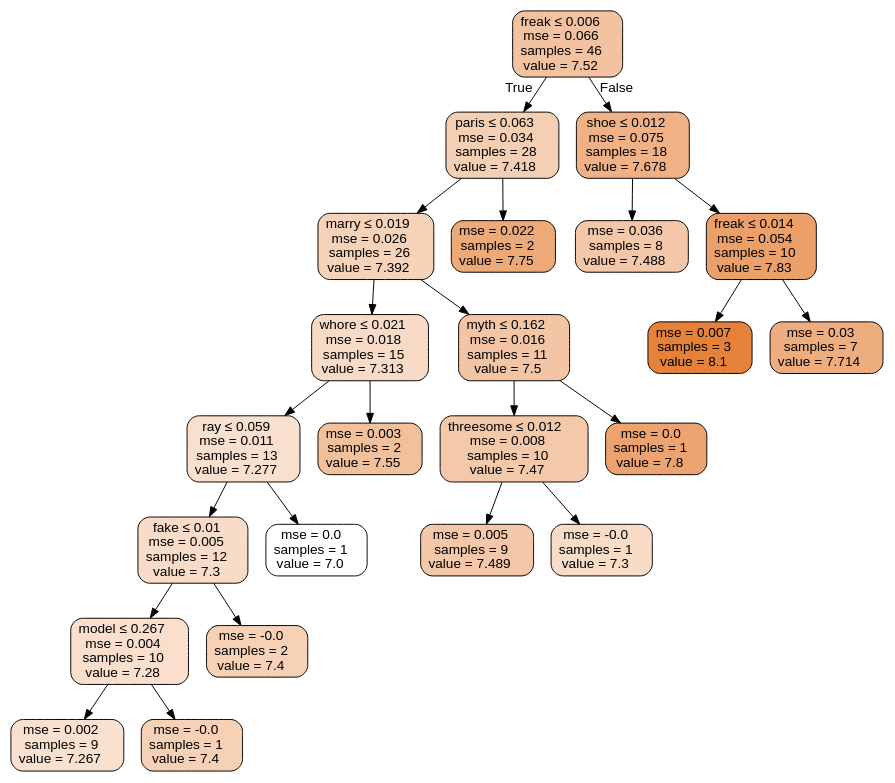
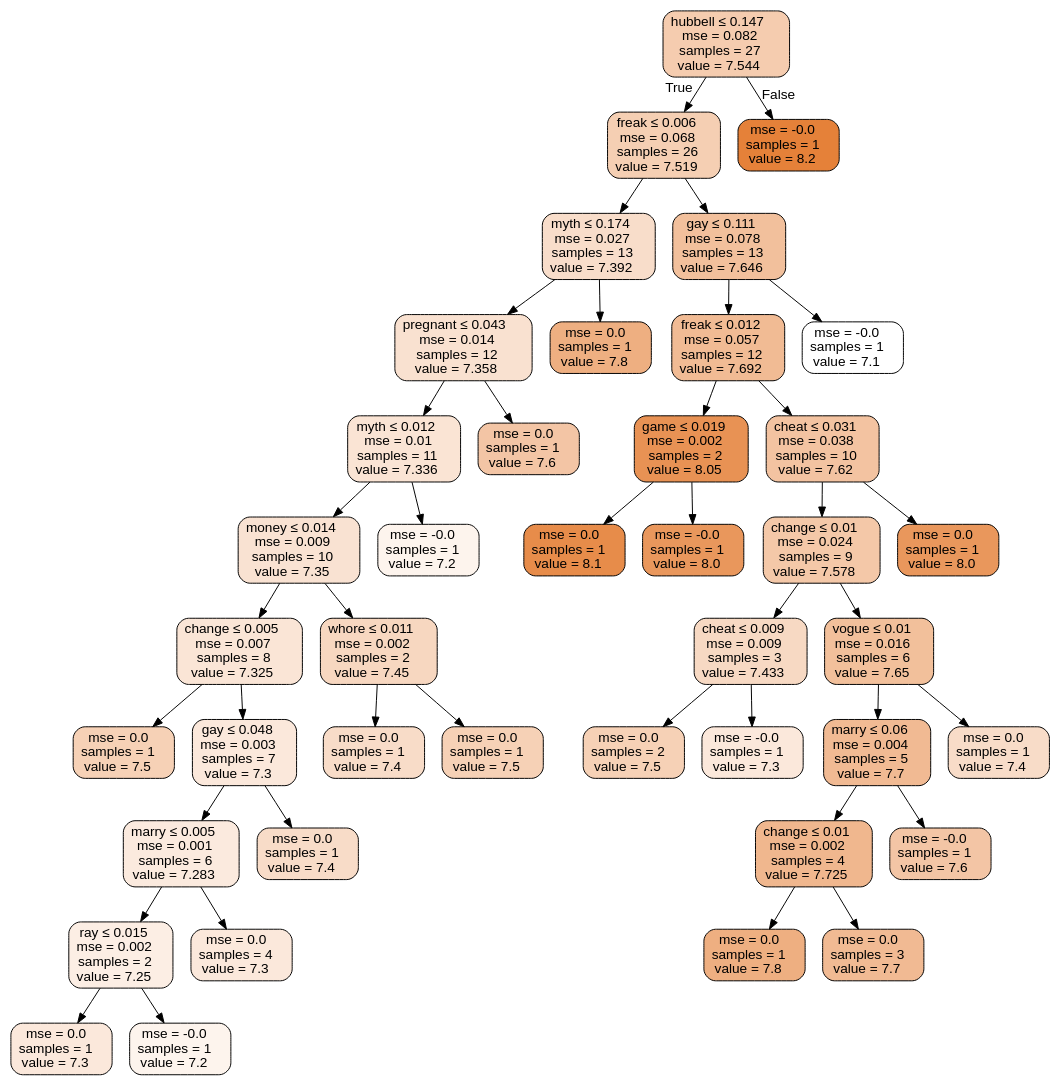
One commit to ranilovi/SATC_rating_prediction changed the diagram in boston_tree.dot. Above: the diagram before and after it, drawn with Graphviz. The commit also changed 3 other files, not shown here.

```diff
--- a/boston_tree.dot
+++ b/boston_tree.dot
@@ -1,49 +1,85 @@
 digraph Tree {
 node [shape=box, style="filled, rounded", color="black", fontname=helvetica] ;
 edge [fontname=helvetica] ;
-0 [label=<freak &le; 0.006<br/>mse = 0.066<br/>samples = 46<br/>value = 7.52>, fillcolor="#e5813978"] ;
-1 [label=<paris &le; 0.063<br/>mse = 0.034<br/>samples = 28<br/>value = 7.418>, fillcolor="#e5813961"] ;
+0 [label=<hubbell &le; 0.147<br/>mse = 0.082<br/>samples = 27<br/>value = 7.544>, fillcolor="#e5813967"] ;
+1 [label=<freak &le; 0.006<br/>mse = 0.068<br/>samples = 26<br/>value = 7.519>, fillcolor="#e5813961"] ;
 0 -> 1 [labeldistance=2.5, labelangle=45, headlabel="True"] ;
-2 [label=<marry &le; 0.019<br/>mse = 0.026<br/>samples = 26<br/>value = 7.392>, fillcolor="#e581395b"] ;
+2 [label=<myth &le; 0.174<br/>mse = 0.027<br/>samples = 13<br/>value = 7.392>, fillcolor="#e5813944"] ;
 1 -> 2 ;
-3 [label=<whore &le; 0.021<br/>mse = 0.018<br/>samples = 15<br/>value = 7.313>, fillcolor="#e5813949"] ;
+3 [label=<pregnant &le; 0.043<br/>mse = 0.014<br/>samples = 12<br/>value = 7.358>, fillcolor="#e581393c"] ;
 2 -> 3 ;
-4 [label=<ray &le; 0.059<br/>mse = 0.011<br/>samples = 13<br/>value = 7.277>, fillcolor="#e5813940"] ;
+4 [label=<myth &le; 0.012<br/>mse = 0.01<br/>samples = 11<br/>value = 7.336>, fillcolor="#e5813937"] ;
 3 -> 4 ;
-5 [label=<fake &le; 0.01<br/>mse = 0.005<br/>samples = 12<br/>value = 7.3>, fillcolor="#e5813946"] ;
+5 [label=<money &le; 0.014<br/>mse = 0.009<br/>samples = 10<br/>value = 7.35>, fillcolor="#e581393a"] ;
 4 -> 5 ;
-6 [label=<model &le; 0.267<br/>mse = 0.004<br/>samples = 10<br/>value = 7.28>, fillcolor="#e5813941"] ;
+6 [label=<change &le; 0.005<br/>mse = 0.007<br/>samples = 8<br/>value = 7.325>, fillcolor="#e5813934"] ;
 5 -> 6 ;
-7 [label=<mse = 0.002<br/>samples = 9<br/>value = 7.267>, fillcolor="#e581393e"] ;
+7 [label=<mse = 0.0<br/>samples = 1<br/>value = 7.5>, fillcolor="#e581395d"] ;
 6 -> 7 ;
-8 [label=<mse = -0.0<br/>samples = 1<br/>value = 7.4>, fillcolor="#e581395d"] ;
+8 [label=<gay &le; 0.048<br/>mse = 0.003<br/>samples = 7<br/>value = 7.3>, fillcolor="#e581392e"] ;
 6 -> 8 ;
-9 [label=<mse = -0.0<br/>samples = 2<br/>value = 7.4>, fillcolor="#e581395d"] ;
-5 -> 9 ;
-10 [label=<mse = 0.0<br/>samples = 1<br/>value = 7.0>, fillcolor="#e5813900"] ;
-4 -> 10 ;
-11 [label=<mse = 0.003<br/>samples = 2<br/>value = 7.55>, fillcolor="#e5813980"] ;
-3 -> 11 ;
-12 [label=<myth &le; 0.162<br/>mse = 0.016<br/>samples = 11<br/>value = 7.5>, fillcolor="#e5813974"] ;
-2 -> 12 ;
-13 [label=<threesome &le; 0.012<br/>mse = 0.008<br/>samples = 10<br/>value = 7.47>, fillcolor="#e581396d"] ;
-12 -> 13 ;
-14 [label=<mse = 0.005<br/>samples = 9<br/>value = 7.489>, fillcolor="#e5813971"] ;
-13 -> 14 ;
-15 [label=<mse = -0.0<br/>samples = 1<br/>value = 7.3>, fillcolor="#e5813946"] ;
-13 -> 15 ;
-16 [label=<mse = 0.0<br/>samples = 1<br/>value = 7.8>, fillcolor="#e58139b9"] ;
-12 -> 16 ;
-17 [label=<mse = 0.022<br/>samples = 2<br/>value = 7.75>, fillcolor="#e58139ae"] ;
-1 -> 17 ;
-18 [label=<shoe &le; 0.012<br/>mse = 0.075<br/>samples = 18<br/>value = 7.678>, fillcolor="#e581399d"] ;
-0 -> 18 [labeldistance=2.5, labelangle=-45, headlabel="False"] ;
-19 [label=<mse = 0.036<br/>samples = 8<br/>value = 7.488>, fillcolor="#e5813971"] ;
-18 -> 19 ;
-20 [label=<freak &le; 0.014<br/>mse = 0.054<br/>samples = 10<br/>value = 7.83>, fillcolor="#e58139c0"] ;
-18 -> 20 ;
-21 [label=<mse = 0.007<br/>samples = 3<br/>value = 8.1>, fillcolor="#e58139ff"] ;
-20 -> 21 ;
-22 [label=<mse = 0.03<br/>samples = 7<br/>value = 7.714>, fillcolor="#e58139a6"] ;
-20 -> 22 ;
+9 [label=<marry &le; 0.005<br/>mse = 0.001<br/>samples = 6<br/>value = 7.283>, fillcolor="#e581392a"] ;
+8 -> 9 ;
+10 [label=<ray &le; 0.015<br/>mse = 0.002<br/>samples = 2<br/>value = 7.25>, fillcolor="#e5813923"] ;
+9 -> 10 ;
+11 [label=<mse = 0.0<br/>samples = 1<br/>value = 7.3>, fillcolor="#e581392e"] ;
+10 -> 11 ;
+12 [label=<mse = -0.0<br/>samples = 1<br/>value = 7.2>, fillcolor="#e5813917"] ;
+10 -> 12 ;
+13 [label=<mse = 0.0<br/>samples = 4<br/>value = 7.3>, fillcolor="#e581392e"] ;
+9 -> 13 ;
+14 [label=<mse = 0.0<br/>samples = 1<br/>value = 7.4>, fillcolor="#e5813946"] ;
+8 -> 14 ;
+15 [label=<whore &le; 0.011<br/>mse = 0.002<br/>samples = 2<br/>value = 7.45>, fillcolor="#e5813951"] ;
+5 -> 15 ;
+16 [label=<mse = 0.0<br/>samples = 1<br/>value = 7.4>, fillcolor="#e5813946"] ;
+15 -> 16 ;
+17 [label=<mse = 0.0<br/>samples = 1<br/>value = 7.5>, fillcolor="#e581395d"] ;
+15 -> 17 ;
+18 [label=<mse = -0.0<br/>samples = 1<br/>value = 7.2>, fillcolor="#e5813917"] ;
+4 -> 18 ;
+19 [label=<mse = 0.0<br/>samples = 1<br/>value = 7.6>, fillcolor="#e5813974"] ;
+3 -> 19 ;
+20 [label=<mse = 0.0<br/>samples = 1<br/>value = 7.8>, fillcolor="#e58139a2"] ;
+2 -> 20 ;
+21 [label=<gay &le; 0.111<br/>mse = 0.078<br/>samples = 13<br/>value = 7.646>, fillcolor="#e581397f"] ;
+1 -> 21 ;
+22 [label=<freak &le; 0.012<br/>mse = 0.057<br/>samples = 12<br/>value = 7.692>, fillcolor="#e5813989"] ;
+21 -> 22 ;
+23 [label=<game &le; 0.019<br/>mse = 0.002<br/>samples = 2<br/>value = 8.05>, fillcolor="#e58139dc"] ;
+22 -> 23 ;
+24 [label=<mse = 0.0<br/>samples = 1<br/>value = 8.1>, fillcolor="#e58139e8"] ;
+23 -> 24 ;
+25 [label=<mse = -0.0<br/>samples = 1<br/>value = 8.0>, fillcolor="#e58139d1"] ;
+23 -> 25 ;
+26 [label=<cheat &le; 0.031<br/>mse = 0.038<br/>samples = 10<br/>value = 7.62>, fillcolor="#e5813979"] ;
+22 -> 26 ;
+27 [label=<change &le; 0.01<br/>mse = 0.024<br/>samples = 9<br/>value = 7.578>, fillcolor="#e581396f"] ;
+26 -> 27 ;
+28 [label=<cheat &le; 0.009<br/>mse = 0.009<br/>samples = 3<br/>value = 7.433>, fillcolor="#e581394d"] ;
+27 -> 28 ;
+29 [label=<mse = 0.0<br/>samples = 2<br/>value = 7.5>, fillcolor="#e581395d"] ;
+28 -> 29 ;
+30 [label=<mse = -0.0<br/>samples = 1<br/>value = 7.3>, fillcolor="#e581392e"] ;
+28 -> 30 ;
+31 [label=<vogue &le; 0.01<br/>mse = 0.016<br/>samples = 6<br/>value = 7.65>, fillcolor="#e5813980"] ;
+27 -> 31 ;
+32 [label=<marry &le; 0.06<br/>mse = 0.004<br/>samples = 5<br/>value = 7.7>, fillcolor="#e581398b"] ;
+31 -> 32 ;
+33 [label=<change &le; 0.01<br/>mse = 0.002<br/>samples = 4<br/>value = 7.725>, fillcolor="#e5813991"] ;
+32 -> 33 ;
+34 [label=<mse = 0.0<br/>samples = 1<br/>value = 7.8>, fillcolor="#e58139a2"] ;
+33 -> 34 ;
+35 [label=<mse = 0.0<br/>samples = 3<br/>value = 7.7>, fillcolor="#e581398b"] ;
+33 -> 35 ;
+36 [label=<mse = -0.0<br/>samples = 1<br/>value = 7.6>, fillcolor="#e5813974"] ;
+32 -> 36 ;
+37 [label=<mse = 0.0<br/>samples = 1<br/>value = 7.4>, fillcolor="#e5813946"] ;
+31 -> 37 ;
+38 [label=<mse = 0.0<br/>samples = 1<br/>value = 8.0>, fillcolor="#e58139d1"] ;
+26 -> 38 ;
+39 [label=<mse = -0.0<br/>samples = 1<br/>value = 7.1>, fillcolor="#e5813900"] ;
+21 -> 39 ;
+40 [label=<mse = -0.0<br/>samples = 1<br/>value = 8.2>, fillcolor="#e58139ff"] ;
+0 -> 40 [labeldistance=2.5, labelangle=-45, headlabel="False"] ;
 }
```
